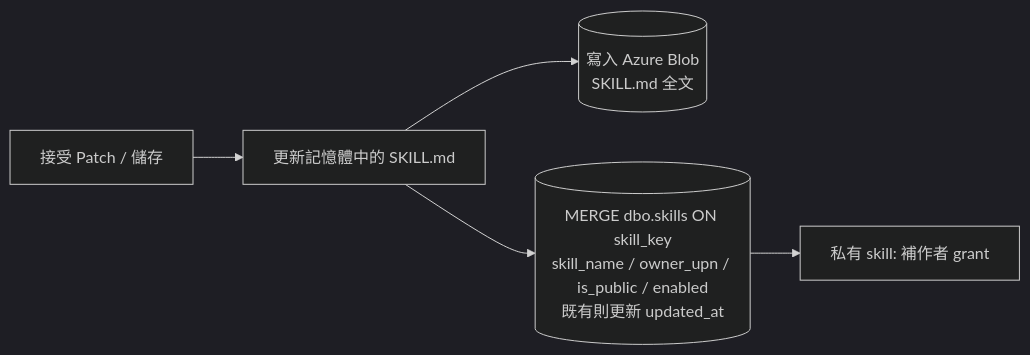
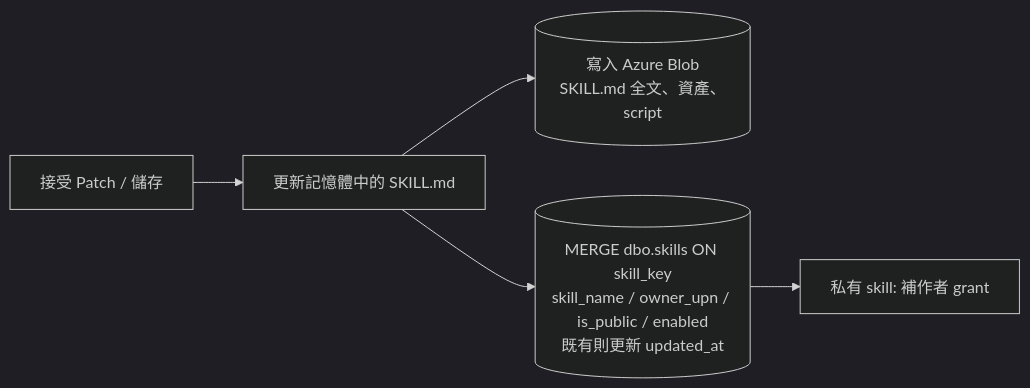
The third of 3 diagrams in docs/03-architecture.md (georgeliang0821/foundry-skill-generator-v3), drawn with Mermaid (dark theme) before and after one commit. The commit also changed other lines of this file and 33 other files, not shown here.

````diff
--- a/docs/03-architecture.md
+++ b/docs/03-architecture.md
@@ -112,7 +112,7 @@
 ```mermaid
 flowchart LR
     P[接受 Patch / 儲存] --> MEM[更新記憶體中的 SKILL.md]
-    MEM --> BLOB[(寫入 Azure Blob<br/>SKILL.md 全文)]
+    MEM --> BLOB[(寫入 Azure Blob<br/>SKILL.md 全文、資產、script)]
     MEM --> SQL[(MERGE dbo.skills ON skill_key<br/>skill_name / owner_upn / is_public / enabled<br/>既有則更新 updated_at)]
     SQL --> GRANT[私有 skill: 補作者 grant]
 ```
````
